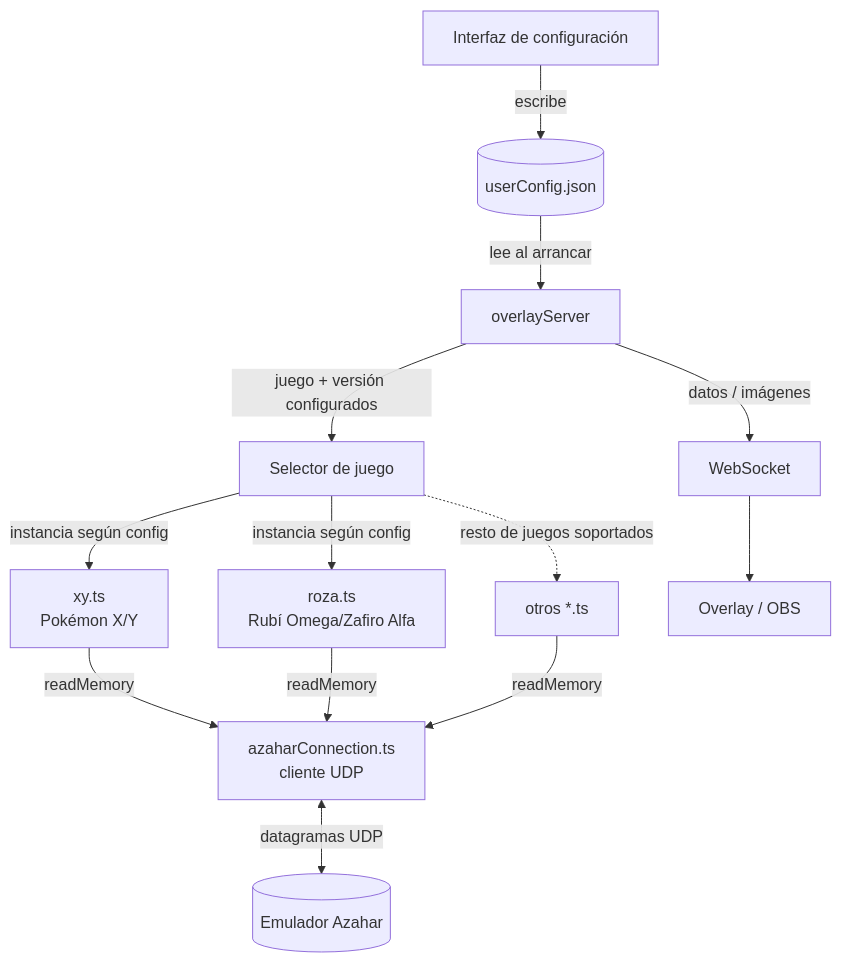
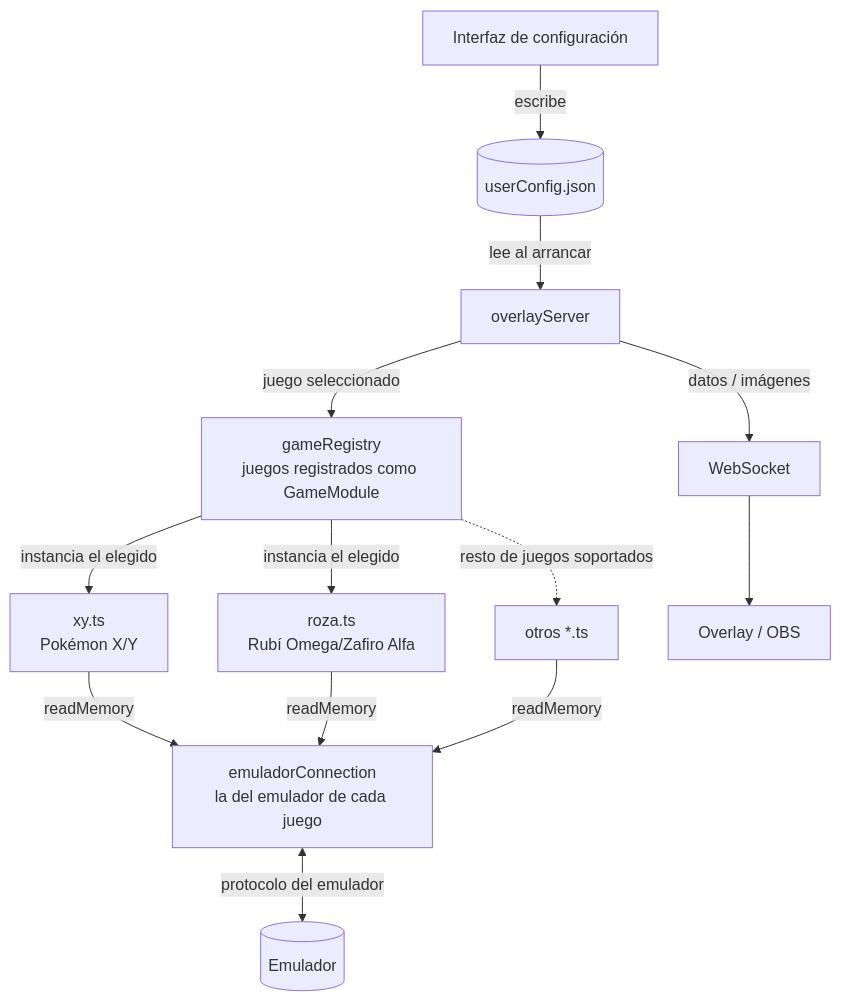
One commit to Pmoreno447/PokeObs changed the diagram in docs/roadmap.md. Above: the diagram before and after it, drawn with Mermaid. The commit also changed other lines of this file and 693 other files, not shown here.

````diff
--- a/docs/roadmap.md
+++ b/docs/roadmap.md
@@ -5,18 +5,18 @@
 ```mermaid
 graph TD
     UI[Interfaz de configuración] -->|escribe| Config[(userConfig.json)]
     Config -->|lee al arrancar| Server[overlayServer]
 
-    Server -->|juego + versión configurados| Selector[Selector de juego]
-    Selector -->|instancia según config| GameXY[xy.ts<br/>Pokémon X/Y]
-    Selector -->|instancia según config| GameROZA[roza.ts<br/>Rubí Omega/Zafiro Alfa]
-    Selector -.->|resto de juegos soportados| GameOtros[otros *.ts]
+    Server -->|juego seleccionado| Registry[gameRegistry<br/>juegos registrados como GameModule]
+    Registry -->|instancia el elegido| GameXY[xy.ts<br/>Pokémon X/Y]
+    Registry -->|instancia el elegido| GameROZA[roza.ts<br/>Rubí Omega/Zafiro Alfa]
+    Registry -.->|resto de juegos soportados| GameOtros[otros *.ts]
 
-    GameXY -->|readMemory| UDP[azaharConnection.ts<br/>cliente UDP]
-    GameROZA -->|readMemory| UDP
-    GameOtros -->|readMemory| UDP
-    UDP <-->|datagramas UDP| Emulator[(Emulador Azahar)]
+    GameXY -->|readMemory| Conexion[emuladorConnection<br/>la del emulador de cada juego]
+    GameROZA -->|readMemory| Conexion
+    GameOtros -->|readMemory| Conexion
+    Conexion <-->|protocolo del emulador| Emulador[(Emulador)]
 
     Server -->|datos / imágenes| WS[WebSocket]
     WS --> OBS[Overlay / OBS]
 ```
````
